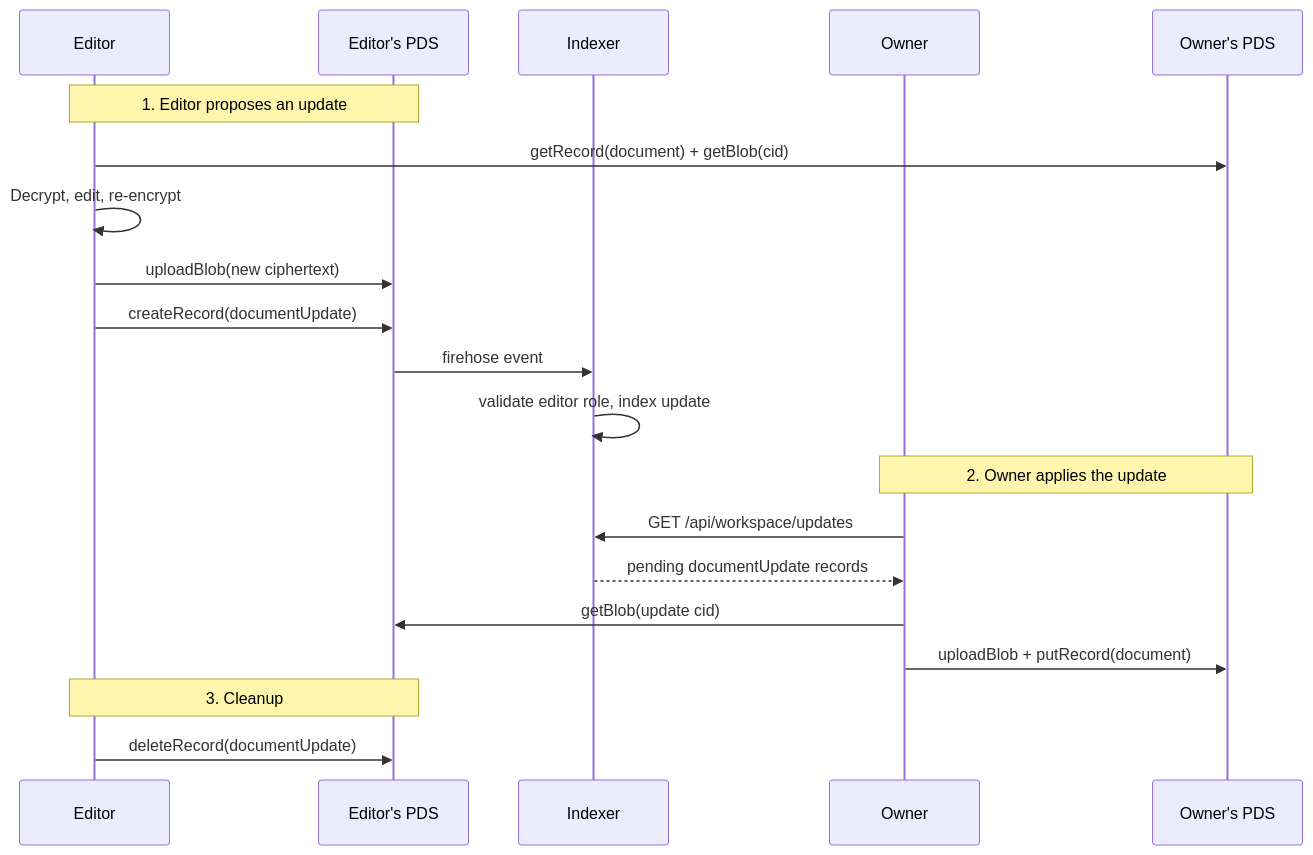
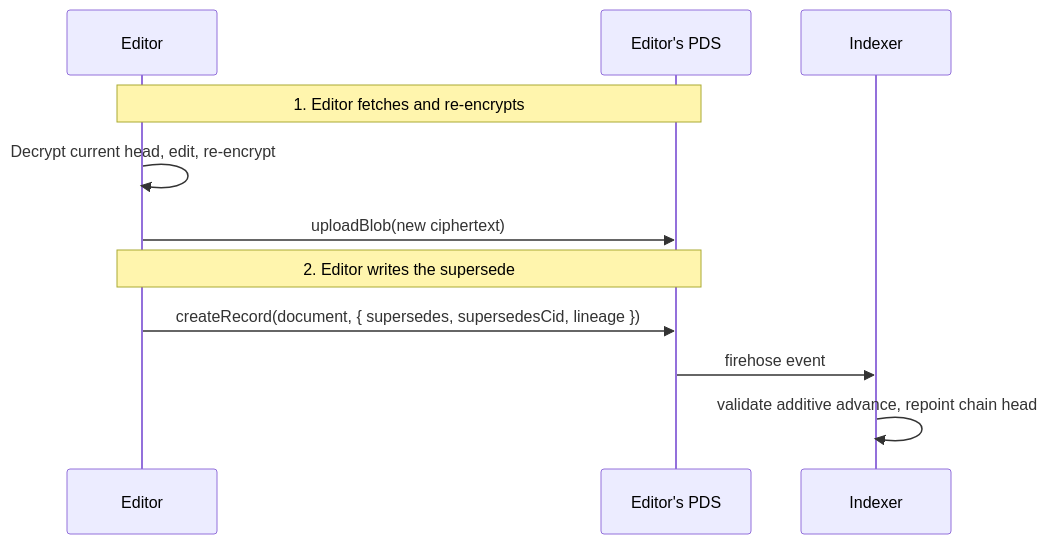
The third of 5 diagrams in lexicons/README.md (Sans-Self/Opake), drawn with Mermaid before and after one commit. The commit also changed other lines of this file and 35 other files, not shown here.

````diff
--- a/lexicons/README.md
+++ b/lexicons/README.md
@@ -125,26 +124,16 @@
 ```mermaid
 sequenceDiagram
     participant Editor
     participant EditorPDS as Editor's PDS
     participant Indexer
-    participant Owner
-    participant OwnerPDS as Owner's PDS
 
-    Note over Editor,EditorPDS: 1. Editor proposes an update
-    Editor->>OwnerPDS: getRecord(document) + getBlob(cid)
-    Editor->>Editor: Decrypt, edit, re-encrypt
+    Note over Editor,EditorPDS: 1. Editor fetches and re-encrypts
+    Editor->>Editor: Decrypt current head, edit, re-encrypt
     Editor->>EditorPDS: uploadBlob(new ciphertext)
-    Editor->>EditorPDS: createRecord(documentUpdate)
+
+    Note over Editor,EditorPDS: 2. Editor writes the supersede
+    Editor->>EditorPDS: createRecord(document, { supersedes, supersedesCid, lineage })
 
     EditorPDS->>Indexer: firehose event
-    Indexer->>Indexer: validate editor role, index update
-
-    Note over Owner,OwnerPDS: 2. Owner applies the update
-    Owner->>Indexer: GET /api/workspace/updates
-    Indexer-->>Owner: pending documentUpdate records
-    Owner->>EditorPDS: getBlob(update cid)
-    Owner->>OwnerPDS: uploadBlob + putRecord(document)
-
-    Note over Editor,EditorPDS: 3. Cleanup
-    Editor->>EditorPDS: deleteRecord(documentUpdate)
+    Indexer->>Indexer: validate additive advance, repoint chain head
 ```
````
